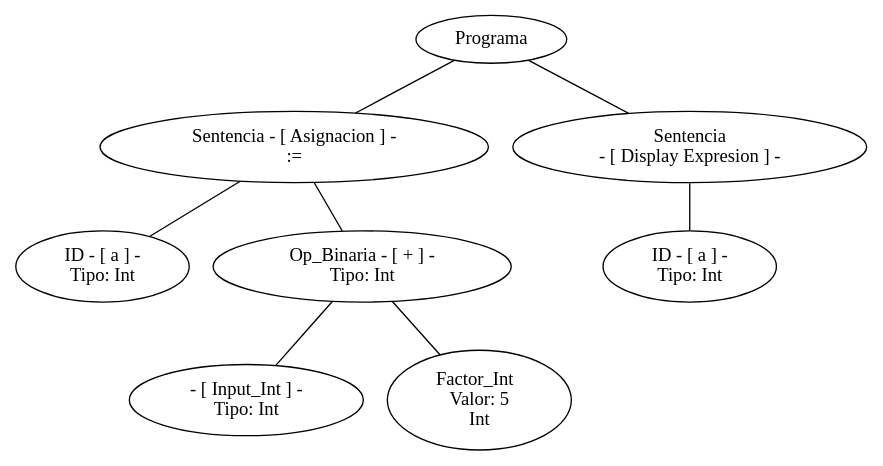
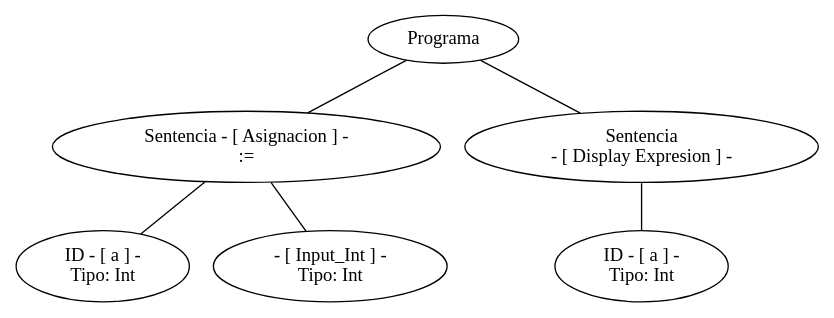
The diagram in arbol.dot (SantiPerez17/Compiladores), drawn with Graphviz before and after one commit. The commit also changed 7 other files, not shown here.

```diff
--- a/arbol.dot
+++ b/arbol.dot
@@ -1,24 +1,17 @@
 graph G {nodo_programa[label="Programa"]
-nodo_2089422796[label="Sentencia - [ Asignacion ] -
+nodo_1815674630[label="Sentencia - [ Asignacion ] -
  :="]
-nodo_programa--nodo_2089422796
-nodo_1098933182[label=" ID - [ a ] - 
+nodo_programa--nodo_1815674630
+nodo_1777485983[label=" ID - [ a ] - 
  Tipo: Int"]
-nodo_2089422796--nodo_1098933182
-nodo_813239062[label=" Op_Binaria - [ + ] - 
+nodo_1815674630--nodo_1777485983
+nodo_1775156878[label="- [ Input_Int ] - 
  Tipo: Int"]
-nodo_2089422796--nodo_813239062
-nodo_1657753726[label="- [ Input_Int ] - 
+nodo_1815674630--nodo_1775156878
+nodo_813239062[label="Sentencia
+ - [ Display Expresion ] -"]
+nodo_programa--nodo_813239062
+nodo_66249089[label=" ID - [ a ] - 
  Tipo: Int"]
-nodo_813239062--nodo_1657753726
-nodo_66249089[label="Factor_Int  
- Valor: 5 
-Int"]
 nodo_813239062--nodo_66249089
-nodo_1160433154[label="Sentencia
- - [ Display Expresion ] -"]
-nodo_programa--nodo_1160433154
-nodo_1081524910[label=" ID - [ a ] - 
- Tipo: Int"]
-nodo_1160433154--nodo_1081524910
 }
```
